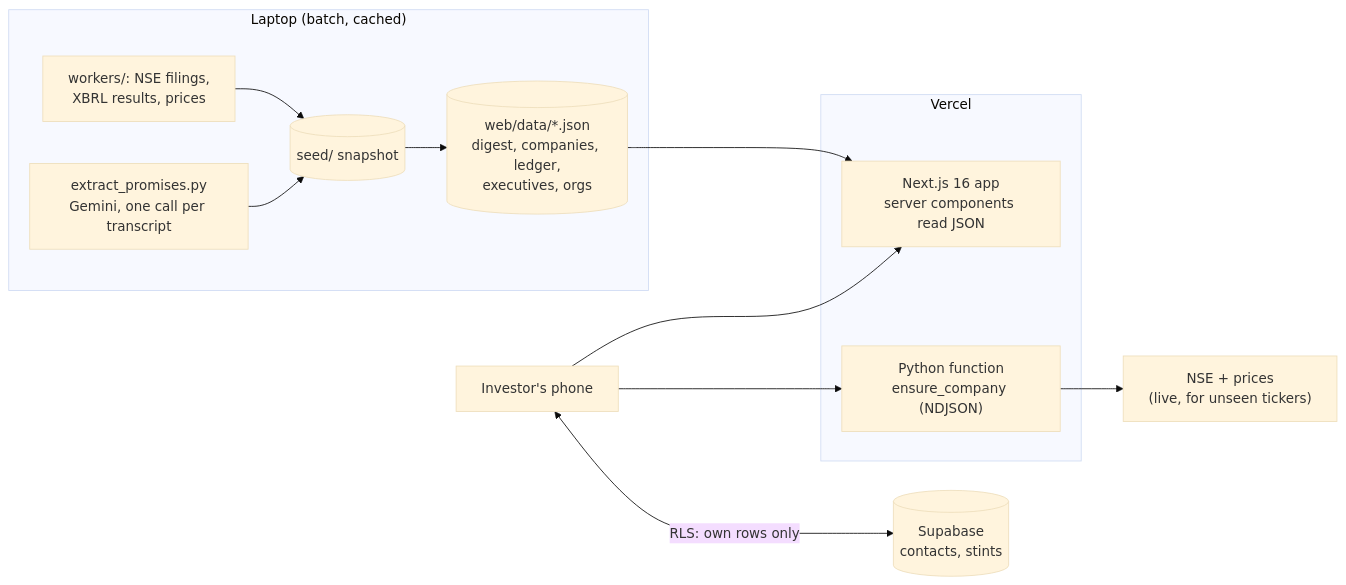
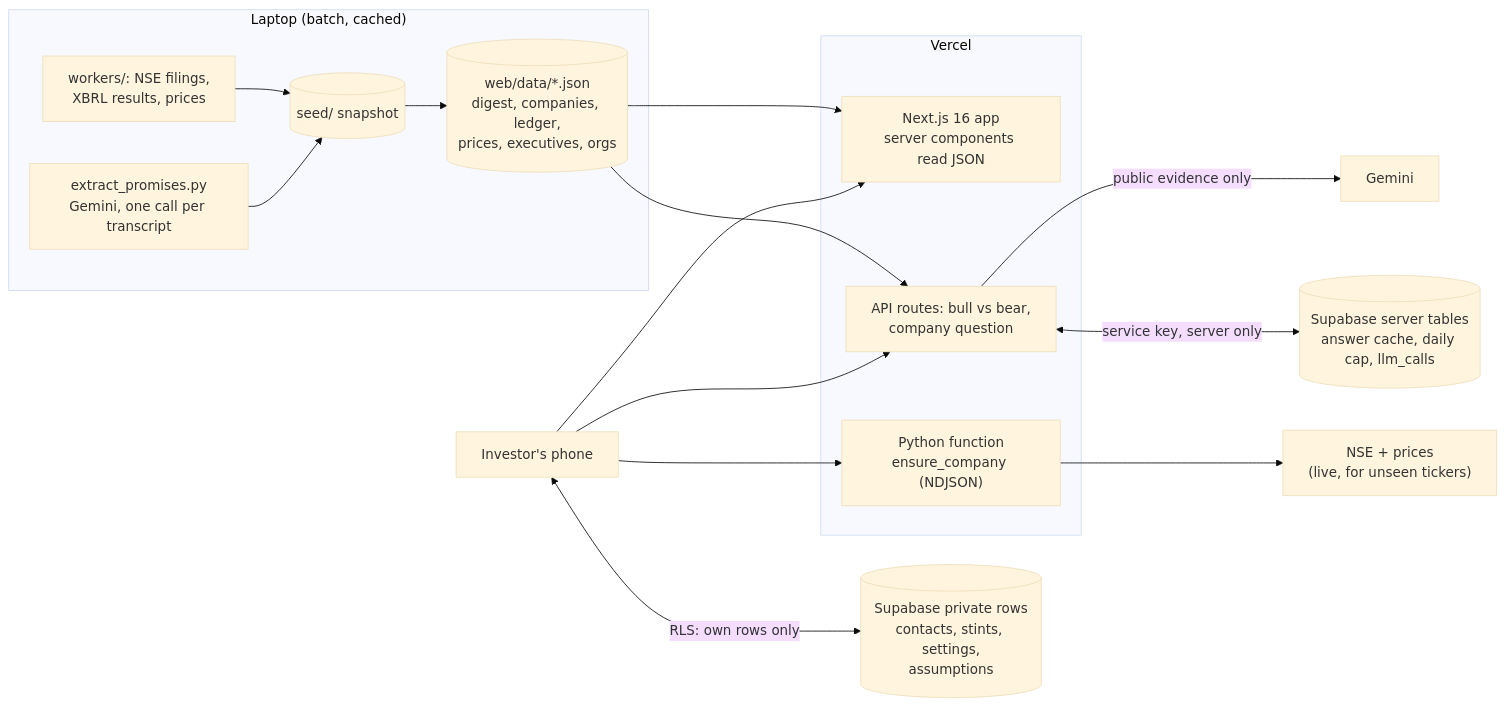
Before and after one commit to agarwal777/ASSIGNMENT1: the diagram in README.md, drawn with Mermaid (base theme). The commit also changed other lines of this file and 4 other files, not shown here.

````diff
--- a/README.md
+++ b/README.md
@@ -62,17 +69,22 @@
 ```mermaid
 flowchart LR
     subgraph Laptop["Laptop (batch, cached)"]
       W1["workers/: NSE filings,\nXBRL results, prices"] --> SEED[("seed/ snapshot")]
       W2["extract_promises.py\nGemini, one call per transcript"] --> SEED
-      SEED --> J[("web/data/*.json\ndigest, companies, ledger,\nexecutives, orgs")]
+      SEED --> J[("web/data/*.json\ndigest, companies, ledger,\nprices, executives, orgs")]
     end
     subgraph Vercel
       N["Next.js 16 app\nserver components read JSON"]
+      A["API routes: bull vs bear,\ncompany question"]
       P["Python function\nensure_company (NDJSON)"]
     end
     J --> N
+    J --> A
     PH["Investor's phone"] --> N
+    PH --> A
     PH --> P
+    A -->|"public evidence only"| G["Gemini"]
+    A <-->|"service key, server only"| SBS[("Supabase server tables\nanswer cache, daily cap, llm_calls")]
     P --> NSE["NSE + prices\n(live, for unseen tickers)"]
-    PH <-->|"RLS: own rows only"| SB[("Supabase\ncontacts, stints")]
+    PH <-->|"RLS: own rows only"| SB[("Supabase private rows\ncontacts, stints, settings,\nassumptions")]
 ```
````
